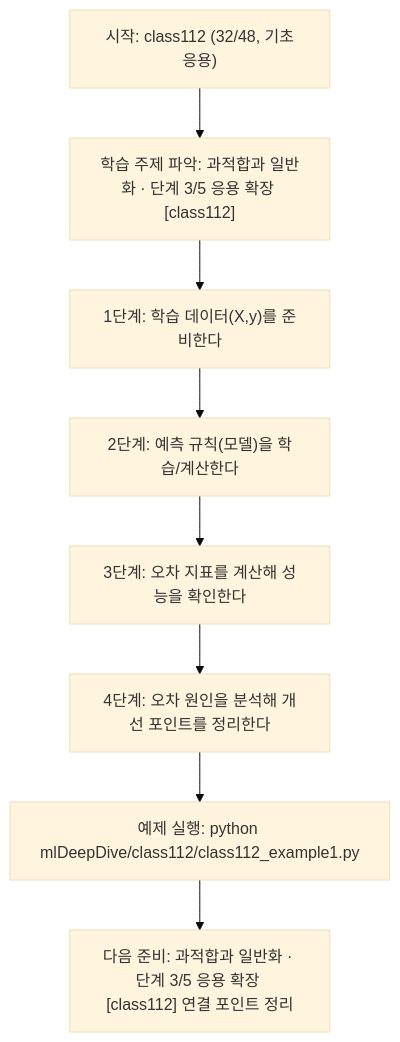
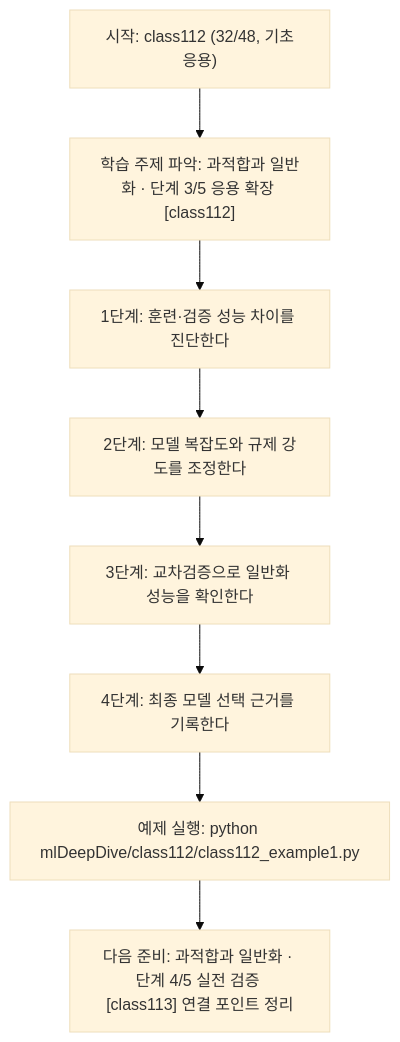
One commit to edumgt/Python-AI_Agent-Class changed the diagram in mlDeepDive/class112/class112.md. Above: the diagram before and after it, drawn with Mermaid (base theme). The commit also changed other lines of this file and 338 other files, not shown here.

````diff
--- a/mlDeepDive/class112/class112.md
+++ b/mlDeepDive/class112/class112.md
@@ -109,18 +91,18 @@
 ```mermaid
 flowchart TD
 N1["시작: class112 (32/48, 기초응용)"]
 N2["학습 주제 파악: 과적합과 일반화 · 단계 3/5 응용 확장 [class112]"]
-N3["1단계: 학습 데이터(X,y)를 준비한다"]
-N4["2단계: 예측 규칙(모델)을 학습/계산한다"]
-N5["3단계: 오차 지표를 계산해 성능을 확인한다"]
-N6["4단계: 오차 원인을 분석해 개선 포인트를 정리한다"]
+N3["1단계: 훈련·검증 성능 차이를 진단한다"]
+N4["2단계: 모델 복잡도와 규제 강도를 조정한다"]
+N5["3단계: 교차검증으로 일반화 성능을 확인한다"]
+N6["4단계: 최종 모델 선택 근거를 기록한다"]
 N7["예제 실행: python mlDeepDive/class112/class112_example1.py"]
-N8["다음 준비: 과적합과 일반화 · 단계 3/5 응용 확장 [class112] 연결 포인트 정리"]
+N8["다음 준비: 과적합과 일반화 · 단계 4/5 실전 검증 [class113] 연결 포인트 정리"]
 N1 --> N2
 N2 --> N3
 N3 --> N4
 N4 --> N5
 N5 --> N6
 N6 --> N7
 N7 --> N8
 ```
````
